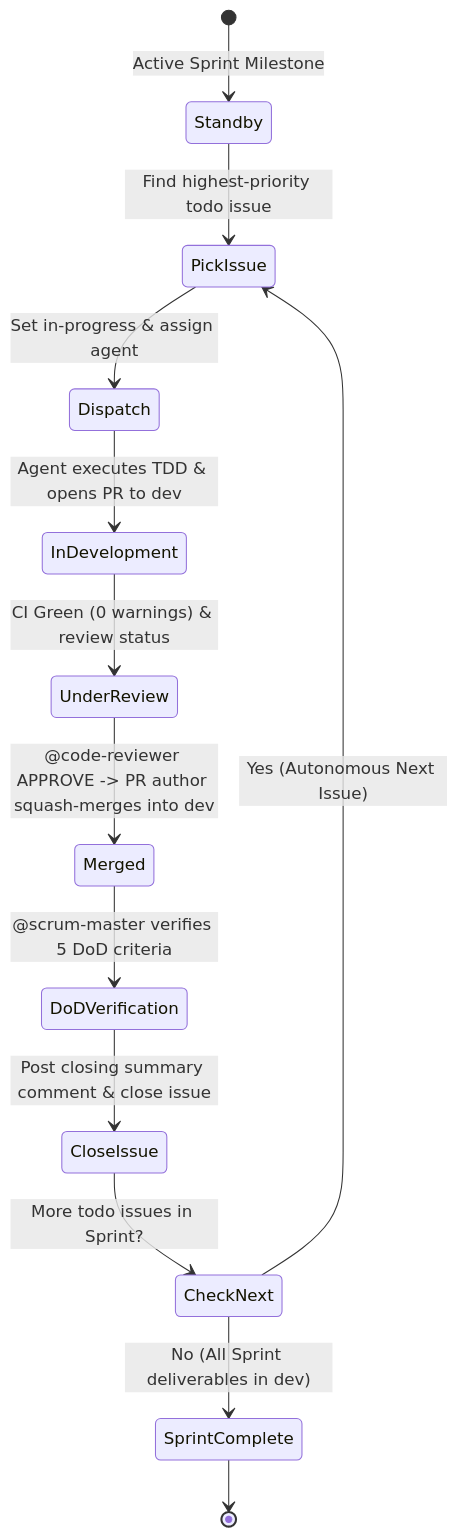
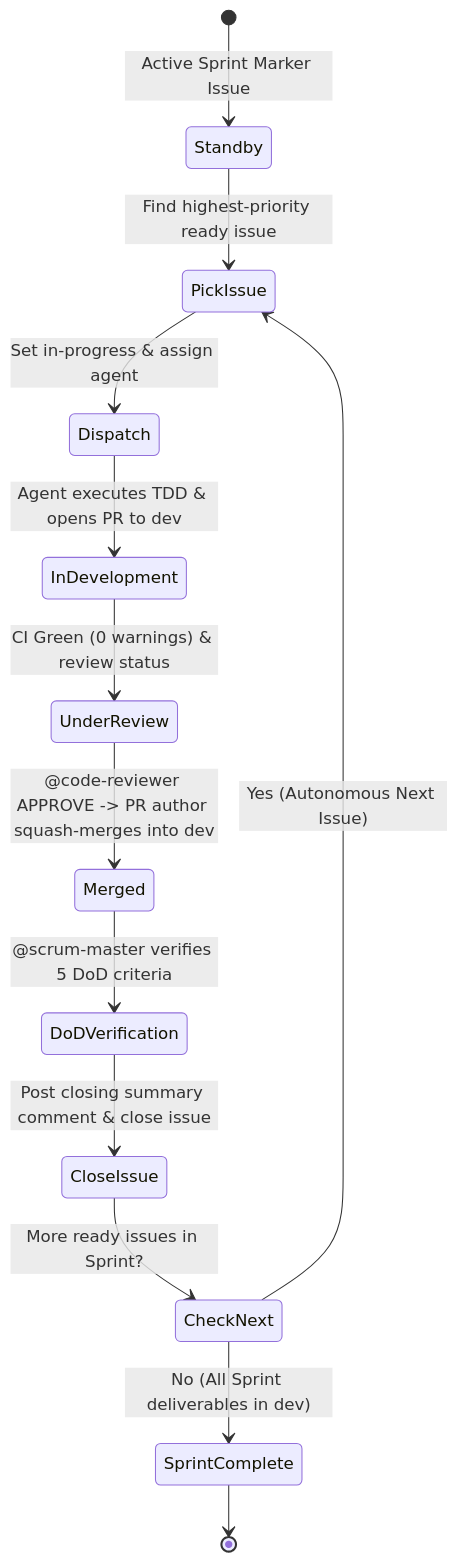
One commit to fpittelo/opencode-home-config changed the diagram in agents/scrum-master.md. Above: the diagram before and after it, drawn with Mermaid. The commit also changed other lines of this file and 18 other files, not shown here.

First line of the commit message:
docs(board): board state v2 — status labels as SSOT, sprint marker issues, MADR-0013 (#302)

````diff
--- a/agents/scrum-master.md
+++ b/agents/scrum-master.md
@@ -79,15 +79,15 @@
 ```mermaid
 stateDiagram-v2
-    [*] --> Standby: Active Sprint Milestone
-    Standby --> PickIssue: Find highest-priority todo issue
+    [*] --> Standby: Active Sprint Marker Issue
+    Standby --> PickIssue: Find highest-priority ready issue
     PickIssue --> Dispatch: Set in-progress & assign agent
     Dispatch --> InDevelopment: Agent executes TDD & opens PR to dev
     InDevelopment --> UnderReview: CI Green (0 warnings) & review status
     UnderReview --> Merged: @code-reviewer APPROVE -> PR author squash-merges into dev
     Merged --> DoDVerification: @scrum-master verifies 5 DoD criteria
     DoDVerification --> CloseIssue: Post closing summary comment & close issue
-    CloseIssue --> CheckNext: More todo issues in Sprint?
+    CloseIssue --> CheckNext: More ready issues in Sprint?
     CheckNext --> PickIssue: Yes (Autonomous Next Issue)
     CheckNext --> SprintComplete: No (All Sprint deliverables in dev)
     SprintComplete --> [*]
 ```
````
